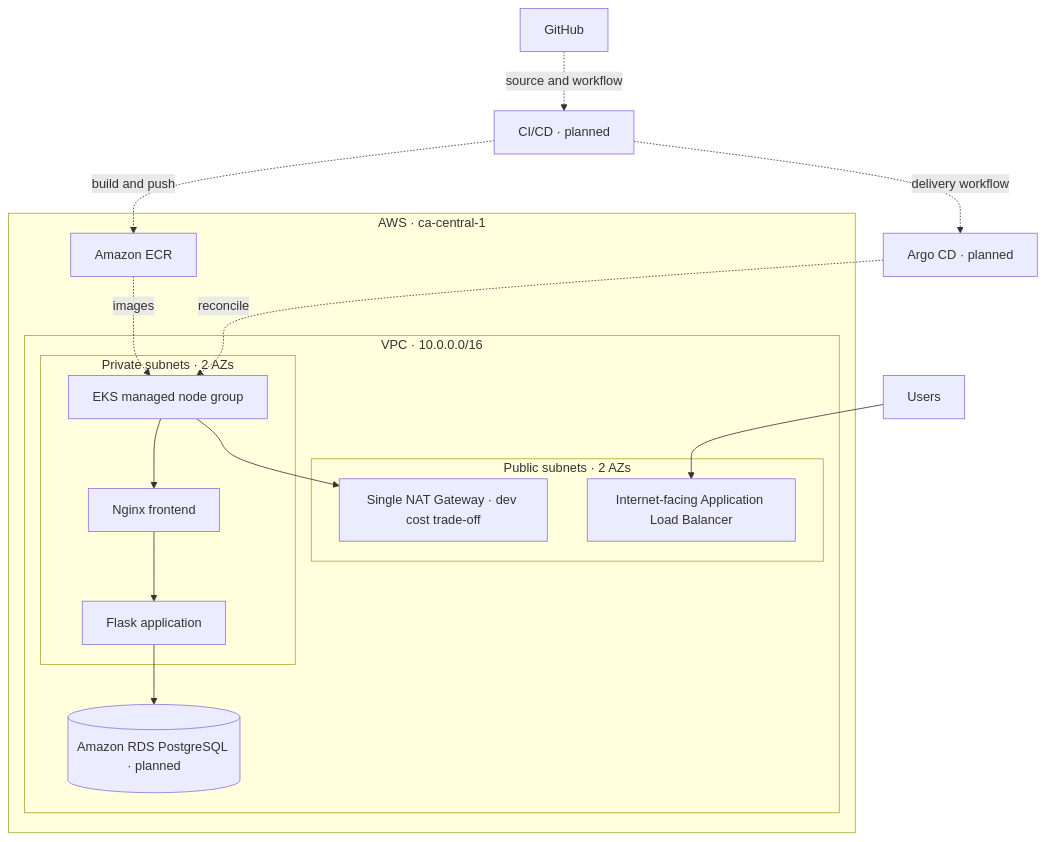
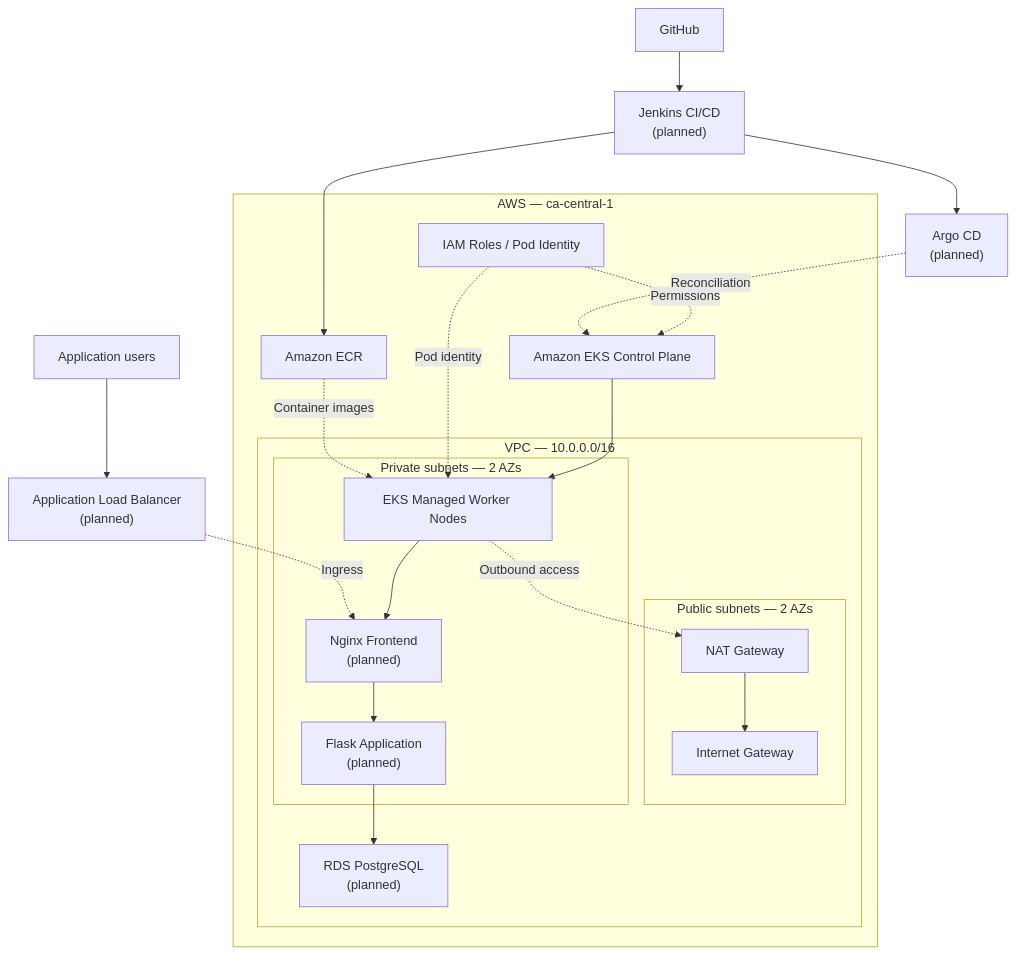
Before and after one commit to kamaldeepsingh039/aws-eks-platform-engineering: the diagram in README.md, drawn with Mermaid. The commit also changed other lines of this file, not shown here.

Commit message:
docs: update EKS architecture and Phase 3 documentation

````diff
--- a/README.md
+++ b/README.md
@@ -13,27 +37,42 @@
 ```mermaid
 flowchart TB
-    Users[Users] --> ALB[Internet-facing Application Load Balancer]
-    subgraph AWS[AWS · ca-central-1]
-        subgraph VPC[VPC · 10.0.0.0/16]
-            subgraph Public[Public subnets · 2 AZs]
-                ALB
-                NAT[Single NAT Gateway · dev cost trade-off]
+    Users["Application users"]
+    ALB["Application Load Balancer<br/>(planned)"]
+    Users --> ALB
+
+    subgraph AWS["AWS — ca-central-1"]
+        subgraph VPC["VPC — 10.0.0.0/16"]
+            subgraph Public["Public subnets — 2 AZs"]
+                NAT["NAT Gateway"]
+                IGW["Internet Gateway"]
             end
-            subgraph Private[Private subnets · 2 AZs]
-                EKS[EKS managed node group]
-                Nginx[Nginx frontend]
-                Flask[Flask application]
-                EKS --> Nginx --> Flask
+
+            subgraph Private["Private subnets — 2 AZs"]
+                Nodes["EKS Managed Worker Nodes"]
+                Nginx["Nginx Frontend<br/>(planned)"]
+                Flask["Flask Application<br/>(planned)"]
+                Nodes --> Nginx
+                Nginx --> Flask
             end
-            RDS[(Amazon RDS PostgreSQL · planned)]
+
+            RDS["RDS PostgreSQL<br/>(planned)"]
             Flask --> RDS
-            EKS --> NAT
+            Nodes -. "Outbound access" .-> NAT
+            NAT --> IGW
         end
-        ECR[Amazon ECR]
+
+        EKS["Amazon EKS Control Plane"]
+        IAM["IAM Roles / Pod Identity"]
+        ECR["Amazon ECR"]
+        EKS --> Nodes
+        IAM -. "Permissions" .-> EKS
+        IAM -. "Pod identity" .-> Nodes
+        ECR -. "Container images" .-> Nodes
     end
-    ECR -. images .-> EKS
-    GitHub[GitHub] -. source and workflow .-> CI[CI/CD · planned]
-    CI -. build and push .-> ECR
-    CI -. delivery workflow .-> GitOps[Argo CD · planned]
-    GitOps -. reconcile .-> EKS
+
+    ALB -. "Ingress" .-> Nginx
+    GitHub["GitHub"] --> CI["Jenkins CI/CD<br/>(planned)"]
+    CI --> ECR
+    CI --> GitOps["Argo CD<br/>(planned)"]
+    GitOps -. "Reconciliation" .-> EKS
 ```
````
